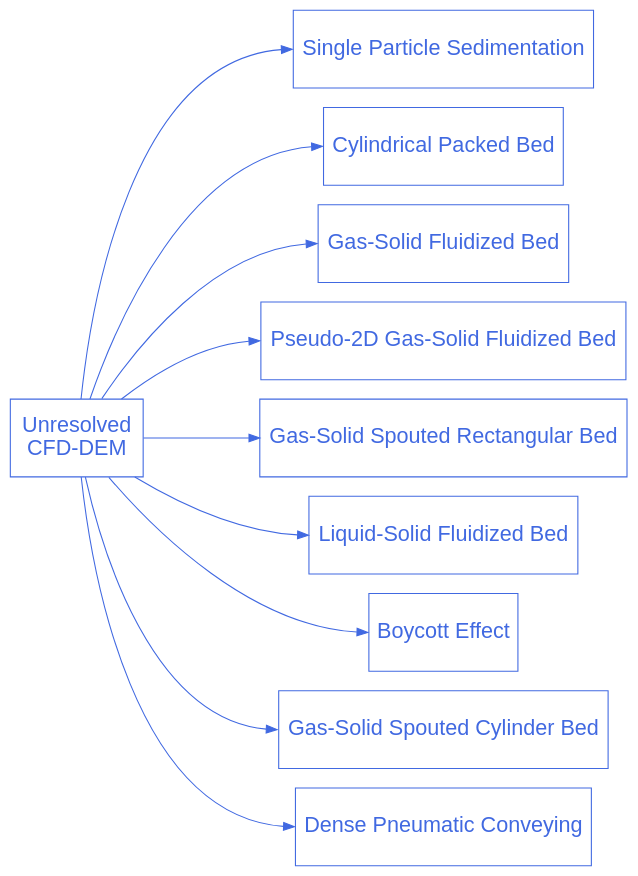
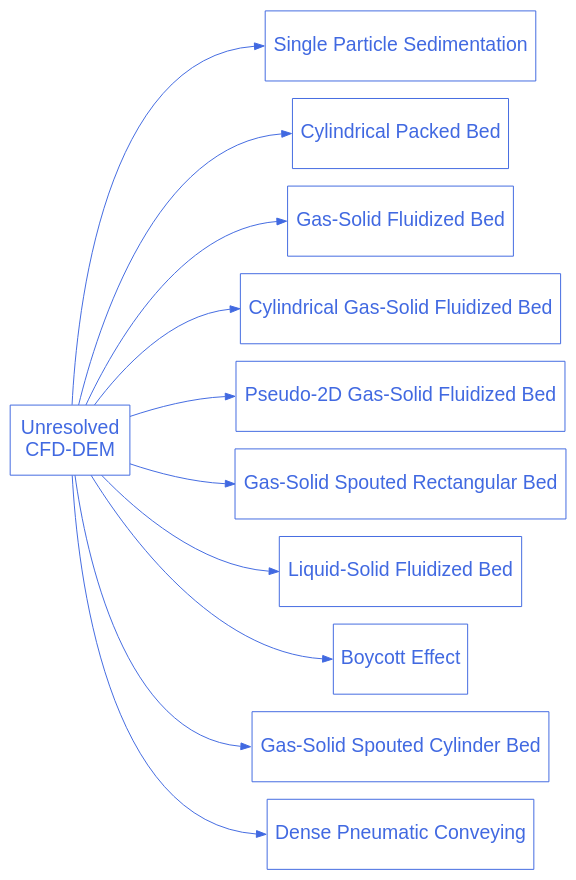
The diagram in doc/source/examples/unresolved-cfd-dem/unresolved-cfd-dem.rst (chaos-polymtl/lethe), drawn with Graphviz before and after one commit. The commit also changed other lines of this file and 2 other files, not shown here.

Commit message:
Example documentation 4

```diff
--- a/doc/source/examples/unresolved-cfd-dem/unresolved-cfd-dem.rst
+++ b/doc/source/examples/unresolved-cfd-dem/unresolved-cfd-dem.rst
@@ -22,39 +23,42 @@
 .. graphviz:: 
 
     digraph unresolved_cfd_dem_diagram {
       graph [bgcolor="transparent", align=true, ranksep=1.5];
       node [fontname=Arial, fontsize=20, shape=box, fontcolor=royalblue, color=royalblue, height=1];
       edge [color=royalblue];
       rankdir="LR";
       size = "9,9";
 
       unresolved_cfd_dem [label="Unresolved \nCFD-DEM", href="https://chaos-polymtl.github.io/lethe/documentation/examples/unresolved-cfd-dem/unresolved-cfd-dem.html"];
 
       cfd_dem_1 [label="Single Particle Sedimentation", href="https://chaos-polymtl.github.io/lethe/documentation/examples/unresolved-cfd-dem/single-particle-sedimentation/single-particle-sedimentation.html"];
 
       cfd_dem_2 [label="Cylindrical Packed Bed", href="https://chaos-polymtl.github.io/lethe/documentation/examples/unresolved-cfd-dem/cylindrical-packed-bed/cylindrical-packed-bed.html"];
 
       cfd_dem_3 [label="Gas-Solid Fluidized Bed", href="https://chaos-polymtl.github.io/lethe/documentation/examples/unresolved-cfd-dem/gas-solid-fluidized-bed/gas-solid-fluidized-bed.html"];
 
-      cfd_dem_4 [label="Pseudo-2D Gas-Solid Fluidized Bed", href="https://chaos-polymtl.github.io/lethe/documentation/examples/unresolved-cfd-dem/pseudo-2d-gas-solid-fluidized-bed/pseudo-2d-gas-solid-fluidized-bed.html"];
+      cfd_dem_4 [label="Cylindrical Gas-Solid Fluidized Bed", href="https://chaos-polymtl.github.io/lethe/documentation/examples/unresolved-cfd-dem/gas-solid-fluidized-bed/gas-solid-fluidized-bed-cylindrical.html"];
 
-      cfd_dem_5 [label="Gas-Solid Spouted Rectangular Bed", href="https://chaos-polymtl.github.io/lethe/documentation/examples/unresolved-cfd-dem/gas-solid-spouted-rectangular-bed/gas-solid-spouted-rectangular-bed.html"];
+      cfd_dem_5 [label="Pseudo-2D Gas-Solid Fluidized Bed", href="https://chaos-polymtl.github.io/lethe/documentation/examples/unresolved-cfd-dem/pseudo-2d-gas-solid-fluidized-bed/pseudo-2d-gas-solid-fluidized-bed.html"];
 
-      cfd_dem_6 [label="Liquid-Solid Fluidized Bed", href="https://chaos-polymtl.github.io/lethe/documentation/examples/unresolved-cfd-dem/liquid-solid-fluidized-bed/liquid-solid-fluidized-bed.html"];
+      cfd_dem_6 [label="Gas-Solid Spouted Rectangular Bed", href="https://chaos-polymtl.github.io/lethe/documentation/examples/unresolved-cfd-dem/gas-solid-spouted-rectangular-bed/gas-solid-spouted-rectangular-bed.html"];
 
-      cfd_dem_7 [label="Boycott Effect", href="https://chaos-polymtl.github.io/lethe/documentation/examples/unresolved-cfd-dem/boycott-effect/boycott-effect.html"];
+      cfd_dem_7 [label="Liquid-Solid Fluidized Bed", href="https://chaos-polymtl.github.io/lethe/documentation/examples/unresolved-cfd-dem/liquid-solid-fluidized-bed/liquid-solid-fluidized-bed.html"];
 
-      cfd_dem_8 [label="Gas-Solid Spouted Cylinder Bed", href="https://chaos-polymtl.github.io/lethe/documentation/examples/unresolved-cfd-dem/gas-solid-spouted-cylinder-bed/gas-solid-spouted-cylinder-bed.html"];
+      cfd_dem_8 [label="Boycott Effect", href="https://chaos-polymtl.github.io/lethe/documentation/examples/unresolved-cfd-dem/boycott-effect/boycott-effect.html"];
 
-      cfd_dem_9 [label="Dense Pneumatic Conveying", href="https://chaos-polymtl.github.io/lethe/documentation/examples/unresolved-cfd-dem/dense-pneumatic-conveying/dense-pneumatic-conveying.html"];
+      cfd_dem_9 [label="Gas-Solid Spouted Cylinder Bed", href="https://chaos-polymtl.github.io/lethe/documentation/examples/unresolved-cfd-dem/gas-solid-spouted-cylinder-bed/gas-solid-spouted-cylinder-bed.html"];
+
+      cfd_dem_10 [label="Dense Pneumatic Conveying", href="https://chaos-polymtl.github.io/lethe/documentation/examples/unresolved-cfd-dem/dense-pneumatic-conveying/dense-pneumatic-conveying.html"];
 
       unresolved_cfd_dem -> cfd_dem_1:w;
       unresolved_cfd_dem -> cfd_dem_2:w;
       unresolved_cfd_dem -> cfd_dem_3:w;
       unresolved_cfd_dem -> cfd_dem_4:w;
       unresolved_cfd_dem -> cfd_dem_5:w;
       unresolved_cfd_dem -> cfd_dem_6:w;
       unresolved_cfd_dem -> cfd_dem_7:w;
       unresolved_cfd_dem -> cfd_dem_8:w;
       unresolved_cfd_dem -> cfd_dem_9:w;
+      unresolved_cfd_dem -> cfd_dem_10:w;
     }
```
